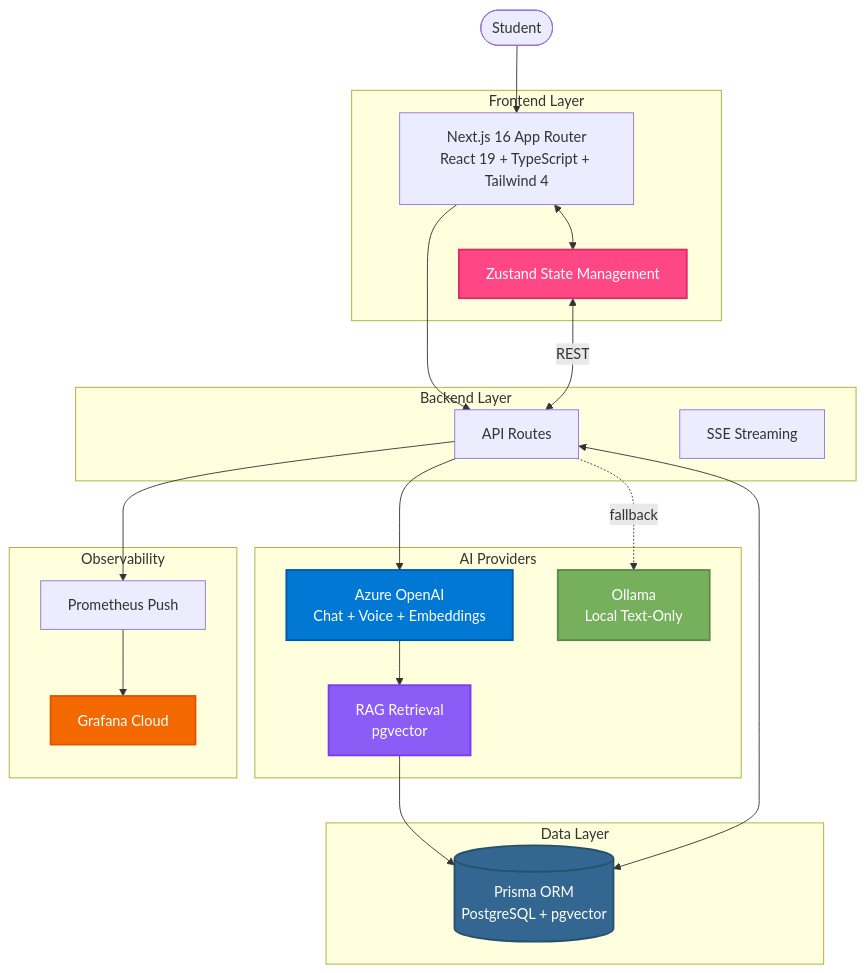
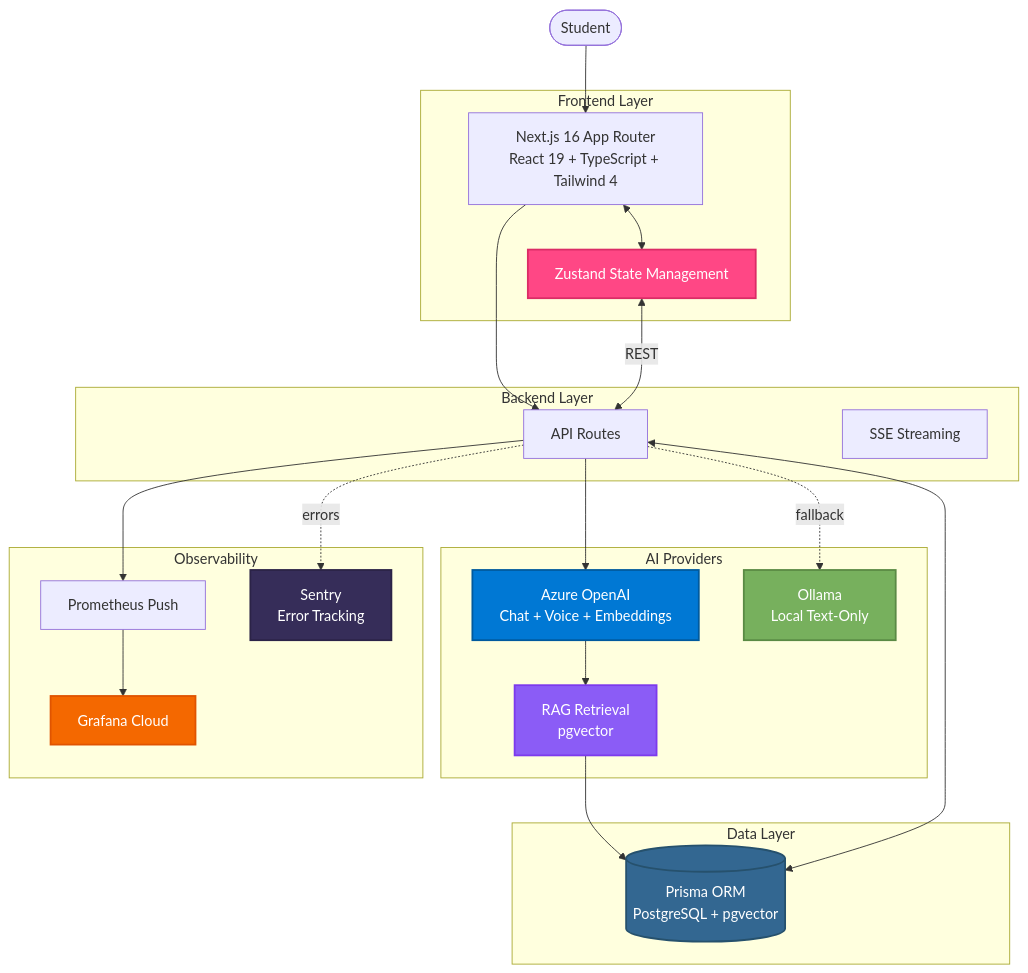
One commit to FightTheStroke/MirrorBuddy changed the first of 2 diagrams in ARCHITECTURE.md. Above: the diagram before and after it, drawn with Mermaid. The commit also changed other lines of this file, not shown here.

First line of the commit message:
docs: add Sentry to architecture diagram and docs

````diff
--- a/ARCHITECTURE.md
+++ b/ARCHITECTURE.md
@@ -10,47 +10,50 @@
 ```mermaid
 flowchart TB
     User([Student])
 
     subgraph Frontend["Frontend Layer"]
         UI[Next.js 16 App Router<br/>React 19 + TypeScript + Tailwind 4]
         State[Zustand State Management]
     end
 
     subgraph Backend["Backend Layer"]
         API[API Routes]
         SSE[SSE Streaming]
     end
 
     subgraph AI["AI Providers"]
         Azure[Azure OpenAI<br/>Chat + Voice + Embeddings]
         Ollama[Ollama<br/>Local Text-Only]
         RAG[RAG Retrieval<br/>pgvector]
     end
 
     subgraph Data["Data Layer"]
         DB[(Prisma ORM<br/>PostgreSQL + pgvector)]
     end
 
     subgraph Observability["Observability"]
         Metrics[Prometheus Push]
         Grafana[Grafana Cloud]
+        Sentry[Sentry<br/>Error Tracking]
     end
 
     User --> UI
     UI <--> State
     UI --> API
     State <-- REST --> API
     API --> Azure
     API -.fallback.-> Ollama
     Azure --> RAG
     RAG --> DB
     API <--> DB
     API --> Metrics --> Grafana
+    API -.errors.-> Sentry
 
     style Azure fill:#0078D4,stroke:#005A9E,color:#fff,stroke-width:2px
     style Ollama fill:#77B05D,stroke:#5A8A44,color:#fff,stroke-width:2px
     style State fill:#FF4785,stroke:#DB2C66,color:#fff,stroke-width:2px
     style DB fill:#336791,stroke:#26516D,color:#fff,stroke-width:2px
     style RAG fill:#8B5CF6,stroke:#7C3AED,color:#fff,stroke-width:2px
     style Grafana fill:#F46800,stroke:#E05400,color:#fff,stroke-width:2px
+    style Sentry fill:#362D59,stroke:#2B2347,color:#fff,stroke-width:2px
 ```
````
